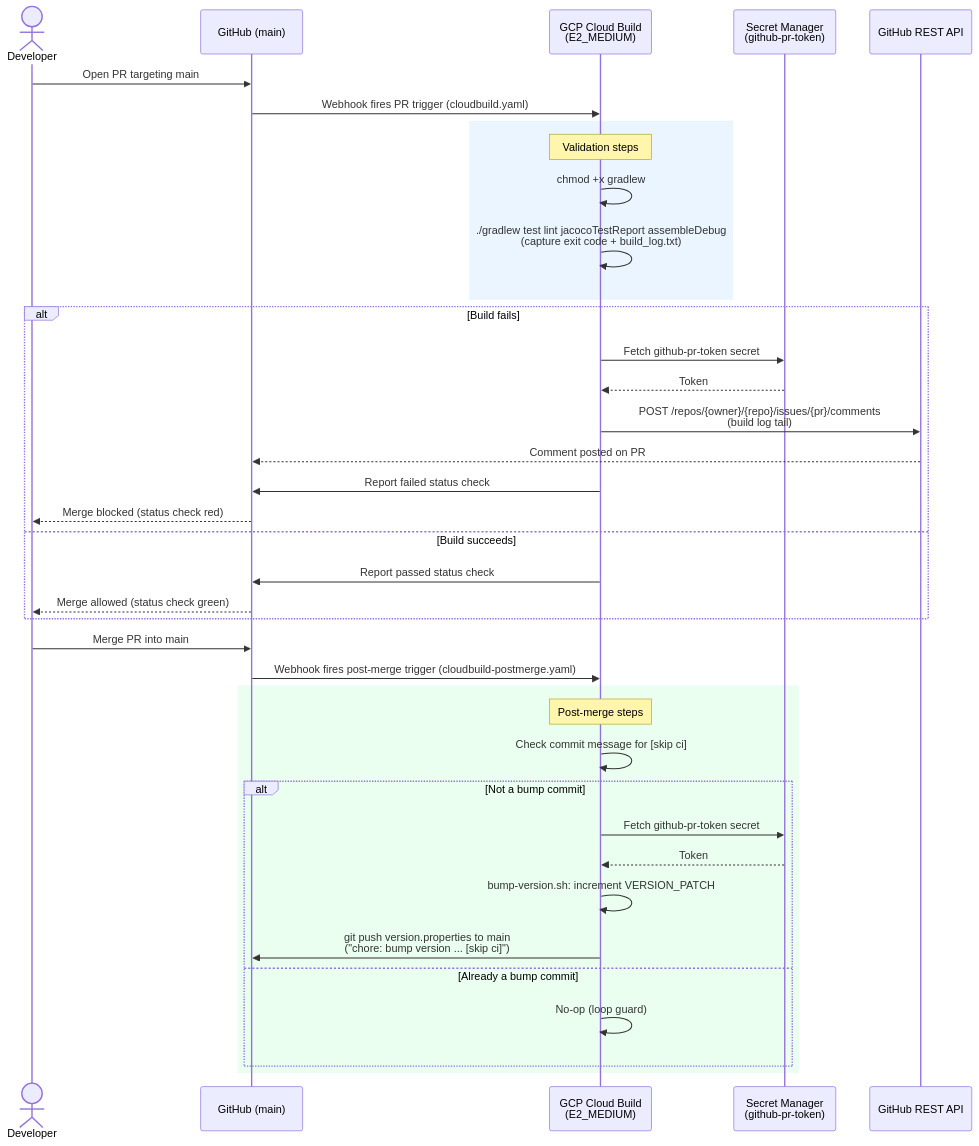
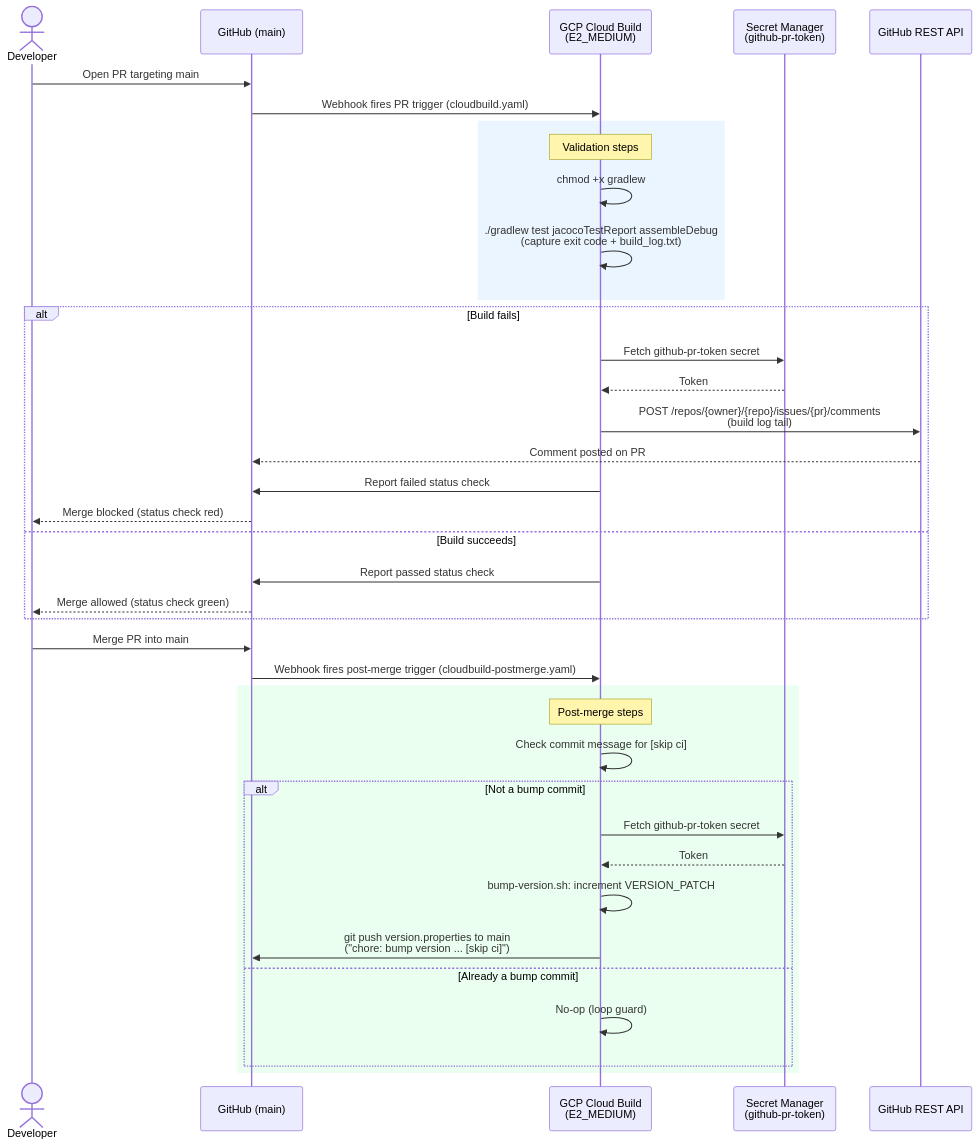
The diagram in docs/ARCHITECTURE.md (yizhiwan/mini-android-app), drawn with Mermaid before and after one commit. The commit also changed other lines of this file and 1 other file, not shown here.

First line of the commit message:
Drop Android lint from PR validation

````diff
--- a/docs/ARCHITECTURE.md
+++ b/docs/ARCHITECTURE.md
@@ -64,45 +64,45 @@
 ```mermaid
 sequenceDiagram
     actor Dev as Developer
     participant GH as GitHub (main)
     participant CB as GCP Cloud Build<br/>(E2_MEDIUM)
     participant SM as Secret Manager<br/>(github-pr-token)
     participant API as GitHub REST API
 
     Dev->>GH: Open PR targeting main
     GH->>CB: Webhook fires PR trigger (cloudbuild.yaml)
 
     rect rgb(235, 245, 255)
     note over CB: Validation steps
     CB->>CB: chmod +x gradlew
-    CB->>CB: ./gradlew test lint jacocoTestReport assembleDebug<br/>(capture exit code + build_log.txt)
+    CB->>CB: ./gradlew test jacocoTestReport assembleDebug<br/>(capture exit code + build_log.txt)
     end
 
     alt Build fails
         CB->>SM: Fetch github-pr-token secret
         SM-->>CB: Token
         CB->>API: POST /repos/{owner}/{repo}/issues/{pr}/comments<br/>(build log tail)
         API-->>GH: Comment posted on PR
         CB->>GH: Report failed status check
         GH-->>Dev: Merge blocked (status check red)
     else Build succeeds
         CB->>GH: Report passed status check
         GH-->>Dev: Merge allowed (status check green)
     end
 
     Dev->>GH: Merge PR into main
     GH->>CB: Webhook fires post-merge trigger (cloudbuild-postmerge.yaml)
 
     rect rgb(235, 255, 240)
     note over CB: Post-merge steps
     CB->>CB: Check commit message for [skip ci]
     alt Not a bump commit
         CB->>SM: Fetch github-pr-token secret
         SM-->>CB: Token
         CB->>CB: bump-version.sh: increment VERSION_PATCH
         CB->>GH: git push version.properties to main<br/>("chore: bump version ... [skip ci]")
     else Already a bump commit
         CB->>CB: No-op (loop guard)
     end
     end
 ```
````
